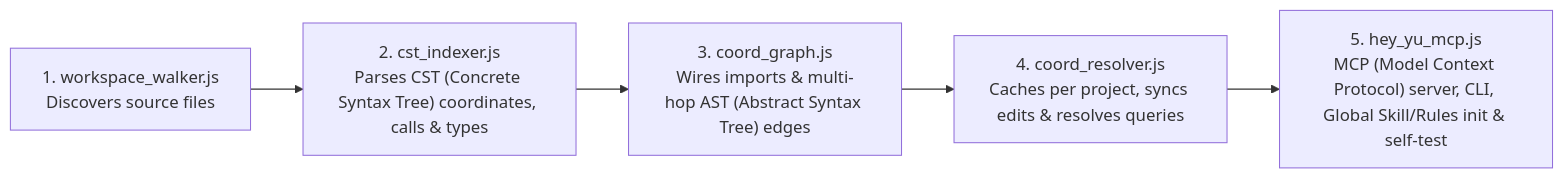
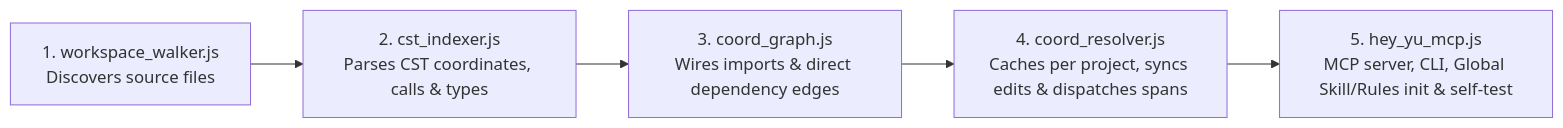
One commit to yuyurooms/hey-yu changed the diagram in README.md. Above: the diagram before and after it, drawn with Mermaid. The commit also changed other lines of this file and 6 other files, not shown here.

````diff
--- a/README.md
+++ b/README.md
@@ -349,7 +317,7 @@
 ```mermaid
 flowchart LR
-    M1["1. workspace_walker.js<br/>Discovers source files"] --> M2["2. cst_indexer.js<br/>Parses CST (Concrete Syntax Tree) coordinates, calls & types"]
-    M2 --> M3["3. coord_graph.js<br/>Wires imports & multi-hop AST (Abstract Syntax Tree) edges"]
-    M3 --> M4["4. coord_resolver.js<br/>Caches per project, syncs edits & resolves queries"]
-    M4 --> M5["5. hey_yu_mcp.js<br/>MCP (Model Context Protocol) server, CLI, Global Skill/Rules init & self-test"]
+    M1["1. workspace_walker.js<br/>Discovers source files"] --> M2["2. cst_indexer.js<br/>Parses CST coordinates, calls & types"]
+    M2 --> M3["3. coord_graph.js<br/>Wires imports & direct dependency edges"]
+    M3 --> M4["4. coord_resolver.js<br/>Caches per project, syncs edits & dispatches spans"]
+    M4 --> M5["5. hey_yu_mcp.js<br/>MCP server, CLI, Global Skill/Rules init & self-test"]
 ```
````
